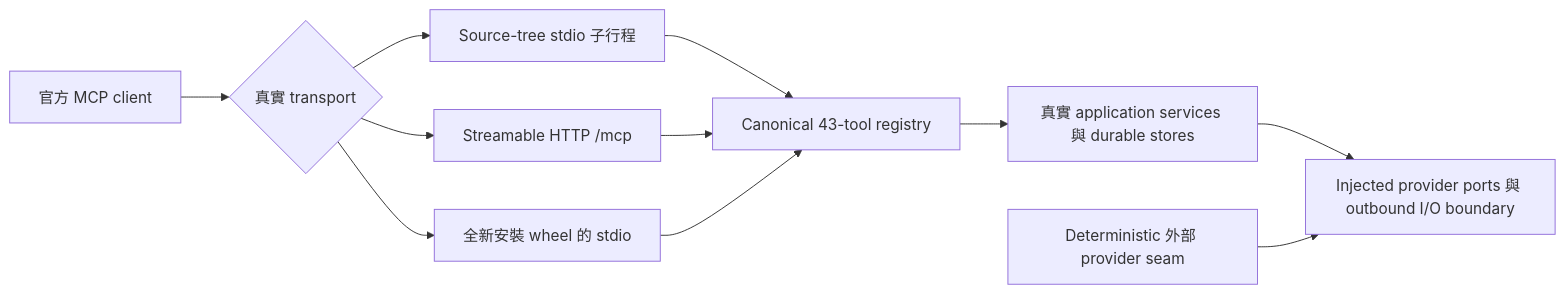
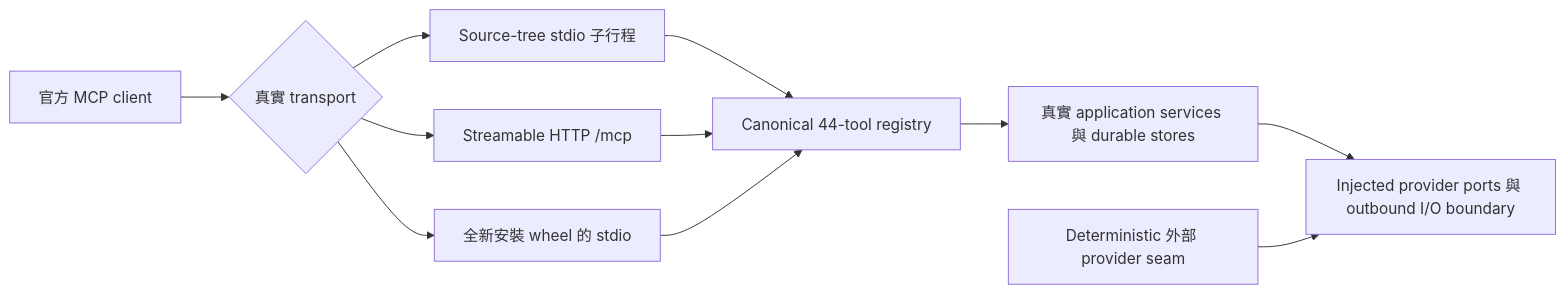
The diagram in docs/development/DEVELOPER_GUIDE.zh-TW.md (u9401066/pubmed-search-mcp), drawn with Mermaid before and after one commit. The commit also changed other lines of this file and 16 other files, not shown here.

````diff
--- a/docs/development/DEVELOPER_GUIDE.zh-TW.md
+++ b/docs/development/DEVELOPER_GUIDE.zh-TW.md
@@ -214,13 +214,13 @@
 ```mermaid
 flowchart LR
     C["官方 MCP client"] --> T{"真實 transport"}
     T --> S["Source-tree stdio 子行程"]
     T --> H["Streamable HTTP /mcp"]
     T --> W["全新安裝 wheel 的 stdio"]
-    S --> R["Canonical 43-tool registry"]
+    S --> R["Canonical 44-tool registry"]
     H --> R
     W --> R
     R --> A["真實 application services 與 durable stores"]
     A --> I["Injected provider ports 與 outbound I/O boundary"]
     P["Deterministic 外部 provider seam"] --> I
 ```
````
